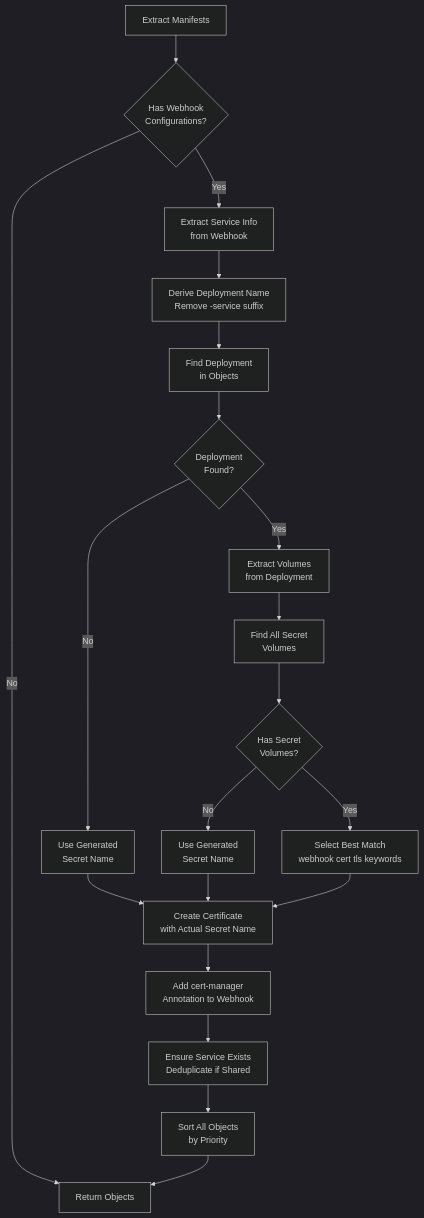
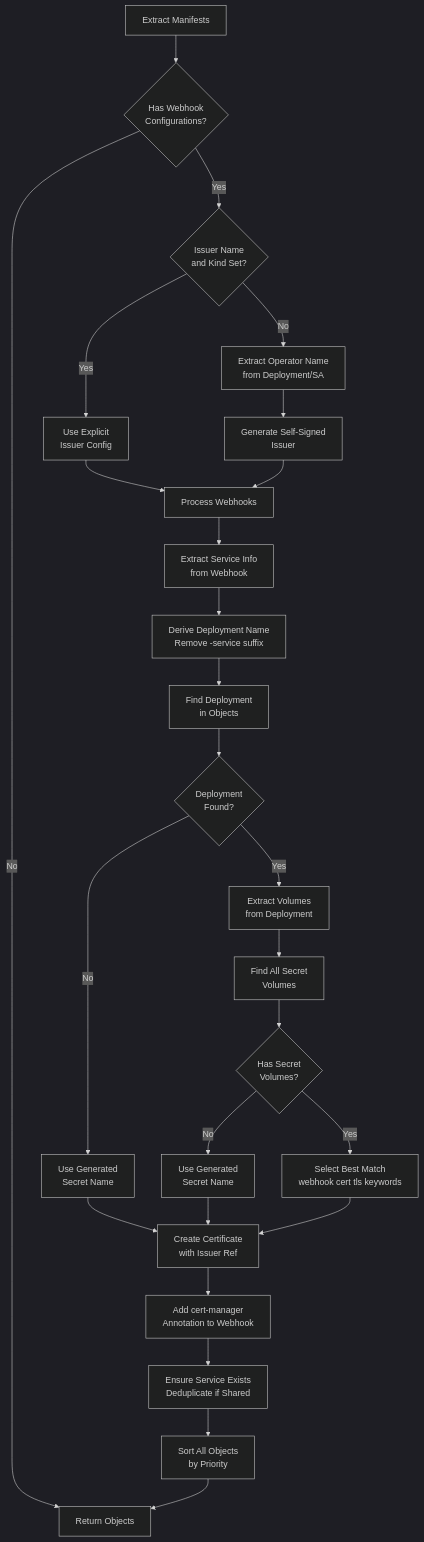
The diagram in docs/webhook-certificates.md (lburgazzoli/olm-extractor), drawn with Mermaid (dark theme) before and after one commit. The commit also changed other lines of this file and 6 other files, not shown here.

First line of the commit message:
feat: auto-generate self-signed Issuer for webhook certificates

````diff
--- a/docs/webhook-certificates.md
+++ b/docs/webhook-certificates.md
@@ -73,28 +134,36 @@
 ```mermaid
 flowchart TD
     Start[Extract Manifests] --> HasWebhooks{Has Webhook<br/>Configurations?}
     HasWebhooks -->|No| Return[Return Objects]
-    HasWebhooks -->|Yes| ExtractInfo[Extract Service Info<br/>from Webhook]
+    HasWebhooks -->|Yes| CheckIssuer{Issuer Name<br/>and Kind Set?}
     
+    CheckIssuer -->|Yes| UseExplicit[Use Explicit<br/>Issuer Config]
+    CheckIssuer -->|No| ExtractName[Extract Operator Name<br/>from Deployment/SA]
+    ExtractName --> GenIssuer[Generate Self-Signed<br/>Issuer]
+    
+    GenIssuer --> ProcessWebhooks[Process Webhooks]
+    UseExplicit --> ProcessWebhooks
+    
+    ProcessWebhooks --> ExtractInfo[Extract Service Info<br/>from Webhook]
     ExtractInfo --> DeriveName[Derive Deployment Name<br/>Remove -service suffix]
     DeriveName --> FindDeploy[Find Deployment<br/>in Objects]
     
     FindDeploy --> HasDeploy{Deployment<br/>Found?}
     HasDeploy -->|No| Fallback1[Use Generated<br/>Secret Name]
     HasDeploy -->|Yes| ExtractVols[Extract Volumes<br/>from Deployment]
     
     ExtractVols --> FindSecrets[Find All Secret<br/>Volumes]
     FindSecrets --> HasSecrets{Has Secret<br/>Volumes?}
     
     HasSecrets -->|No| Fallback2[Use Generated<br/>Secret Name]
     HasSecrets -->|Yes| SelectSecret[Select Best Match<br/>webhook cert tls keywords]
     
-    SelectSecret --> CreateCert[Create Certificate<br/>with Actual Secret Name]
+    SelectSecret --> CreateCert[Create Certificate<br/>with Issuer Ref]
     Fallback1 --> CreateCert
     Fallback2 --> CreateCert
     
     CreateCert --> AddAnnotation[Add cert-manager<br/>Annotation to Webhook]
     AddAnnotation --> EnsureService[Ensure Service Exists<br/>Deduplicate if Shared]
     EnsureService --> Sort[Sort All Objects<br/>by Priority]
     Sort --> Return
 ```
````
